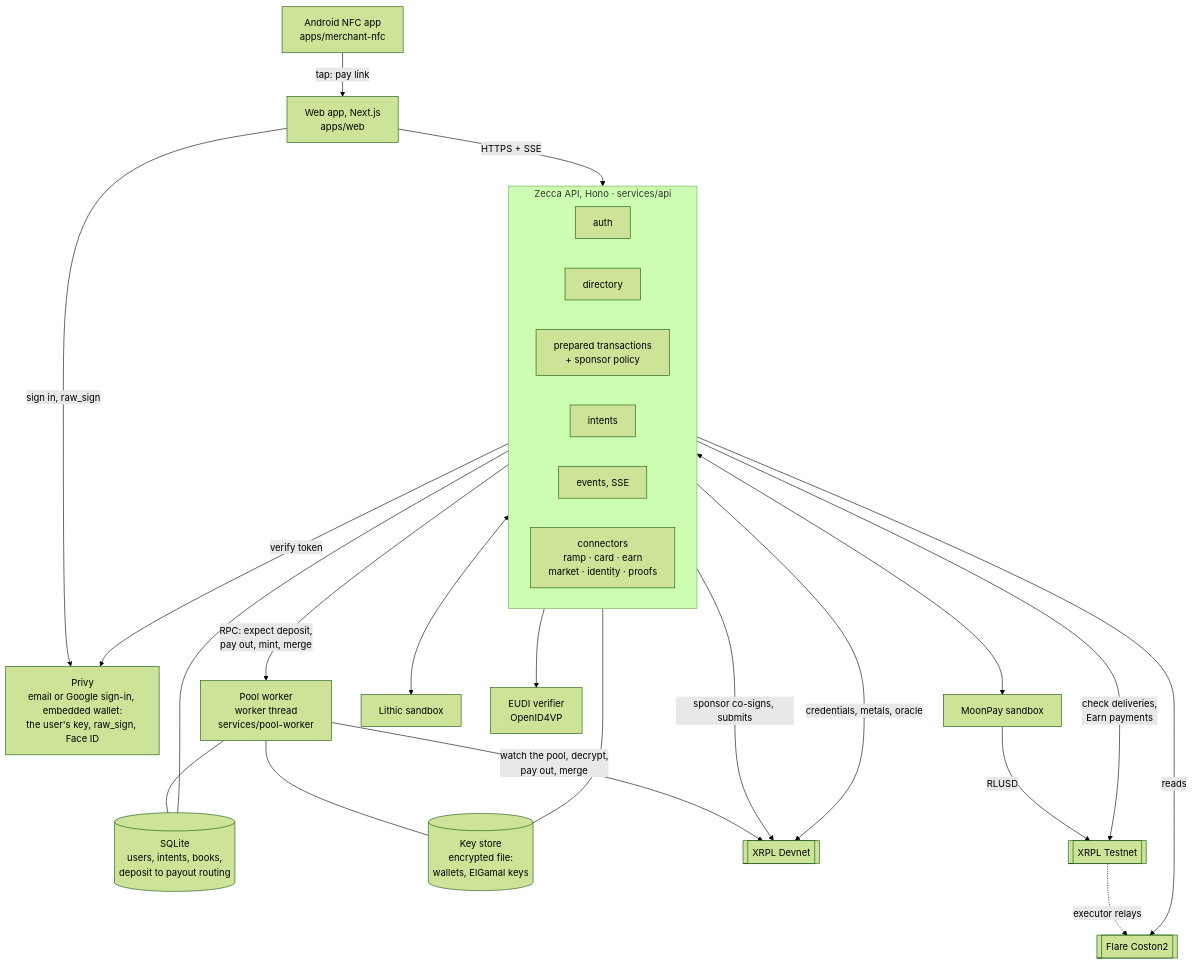
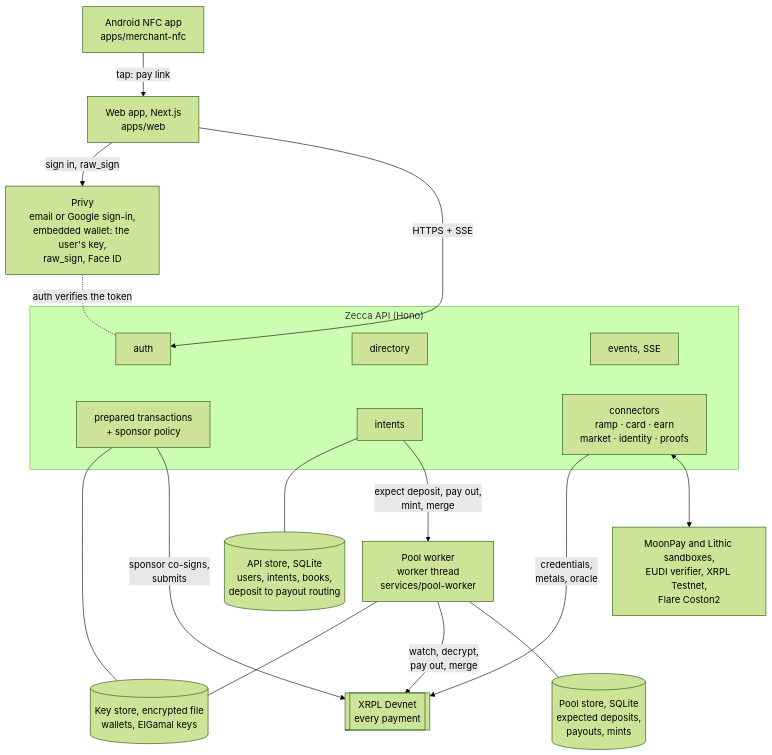
One commit to FehlmannDy/Zecca changed the first of 6 diagrams in README.md. Above: the diagram before and after it, drawn with Mermaid (forest theme). The commit also changed other lines of this file and 1 other file, not shown here.

Commit message:
docs: MoonPay XRP fallback from the EU/EEA, readable architecture diagram with its own pool store, sign-up and pay page labels match the code

````diff
--- a/README.md
+++ b/README.md
@@ -38,47 +38,40 @@
 ```mermaid
+%%{init: {"flowchart": {"nodeSpacing": 30, "subGraphTitleMargin": {"top": 4, "bottom": 16}}}}%%
 flowchart TB
   nfc["Android NFC app<br/>apps/merchant-nfc"]
   web["Web app, Next.js<br/>apps/web"]
-  privy["Privy<br/>email or Google sign-in, embedded wallet:<br/>the user's key, raw_sign, Face ID"]
+  privy["Privy<br/>email or Google sign-in,<br/>embedded wallet: the user's key,<br/>raw_sign, Face ID"]
 
-  subgraph api["Zecca API, Hono · services/api"]
-    direction LR
+  subgraph api["Zecca API (Hono)"]
     auth["auth"]
     dir["directory"]
+    events["events, SSE"]
     prep["prepared transactions<br/>+ sponsor policy"]
     intents["intents"]
-    events["events, SSE"]
     conn["connectors<br/>ramp · card · earn<br/>market · identity · proofs"]
+    auth ~~~ prep
+    dir ~~~ intents
+    events ~~~ conn
   end
 
+  db[("API store, SQLite<br/>users, intents, books,<br/>deposit to payout routing")]
+  ks[("Key store, encrypted file<br/>wallets, ElGamal keys")]
   pool["Pool worker<br/>worker thread<br/>services/pool-worker"]
-  db[("SQLite<br/>users, intents, books,<br/>deposit to payout routing")]
-  ks[("Key store<br/>encrypted file:<br/>wallets, ElGamal keys")]
-
-  devnet[["XRPL Devnet"]]
-  testnet[["XRPL Testnet"]]
-  flare[["Flare Coston2"]]
-  moonpay["MoonPay sandbox"]
-  lithic["Lithic sandbox"]
-  eudi["EUDI verifier<br/>OpenID4VP"]
+  pooldb[("Pool store, SQLite<br/>expected deposits,<br/>payouts, mints")]
+  devnet[["XRPL Devnet<br/>every payment"]]
+  outside["MoonPay and Lithic sandboxes,<br/>EUDI verifier, XRPL Testnet,<br/>Flare Coston2"]
 
   nfc -- "tap: pay link" --> web
   web -- "sign in, raw_sign" --> privy
-  web -- "HTTPS + SSE" --> api
-  auth -- "verify token" --> privy
-  api --- db
-  api --- ks
-  intents -- "RPC: expect deposit,<br/>pay out, mint, merge" --> pool
-  pool --- db
+  privy -. "auth verifies the token" .- auth
+  web -- "HTTPS + SSE" --> auth
+  intents --- db
+  prep --- ks
+  intents -- "expect deposit, pay out,<br/>mint, merge" --> pool
   pool --- ks
-  prep -- "sponsor co-signs, submits" --> devnet
-  pool -- "watch the pool, decrypt,<br/>pay out, merge" --> devnet
-  conn -- "credentials, metals, oracle" --> devnet
-  conn --> eudi
-  conn <--> moonpay
-  conn <--> lithic
-  moonpay -- "RLUSD" --> testnet
-  conn -- "check deliveries,<br/>Earn payments" --> testnet
-  testnet -. "executor relays" .-> flare
-  conn -- "reads" --> flare
+  prep -- "sponsor co-signs,<br/>submits" --> devnet
+  pool -- "watch, decrypt,<br/>pay out, merge" --> devnet
+  conn -- "credentials,<br/>metals, oracle" --> devnet
+  conn <--> outside
+  pool --- pooldb
 ```
````
